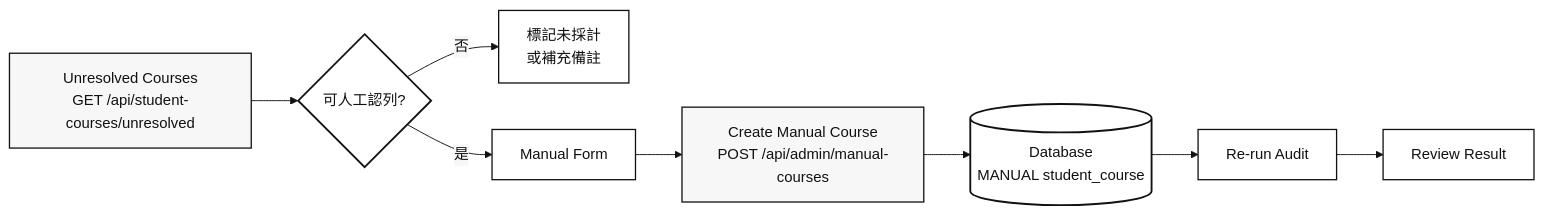
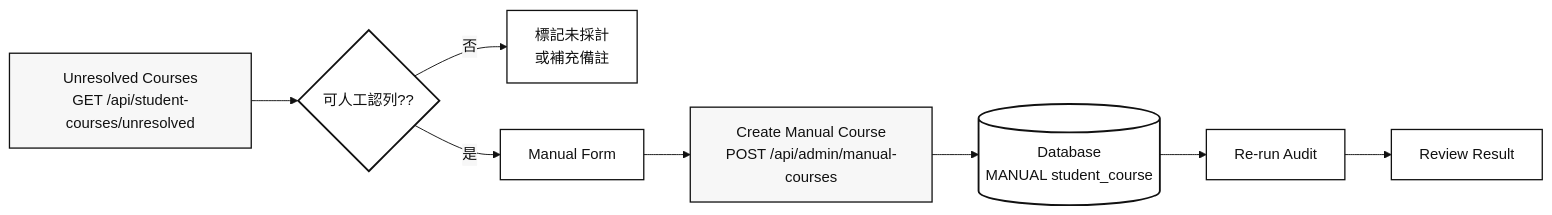
One commit to Albert2004-27/nccu-ams-credit-checker changed the second of 2 diagrams in README.md. Above: the diagram before and after it, drawn with Mermaid.

````diff
--- a/README.md
+++ b/README.md
@@ -128,34 +128,34 @@
 ```mermaid
 %%{init: {
   "theme": "base",
   "themeVariables": {
     "primaryColor": "#ffffff",
     "primaryTextColor": "#111111",
     "primaryBorderColor": "#111111",
     "lineColor": "#111111",
     "secondaryColor": "#f7f7f7",
     "tertiaryColor": "#ffffff",
     "fontFamily": "Arial, sans-serif"
   }
 }}%%
 
 flowchart LR
   A["Unresolved Courses<br/>GET /api/student-courses/unresolved"]
-  A --> B{"可人工認列? "}
+  A --> B{"可人工認列??"}
   B -->|否| C["標記未採計<br/>或補充備註"]
   B -->|是| D["Manual Form"]
   D --> E["Create Manual Course<br/>POST /api/admin/manual-courses"]
   E --> F[("Database<br/>MANUAL student_course")]
   F --> G["Re-run Audit"]
   G --> H["Review Result"]
 
   classDef node fill:#ffffff,stroke:#111111,stroke-width:1.4px,color:#111111;
   classDef api fill:#f7f7f7,stroke:#111111,stroke-width:1.4px,color:#111111;
   classDef db fill:#ffffff,stroke:#111111,stroke-width:2px,color:#111111;
   classDef decision fill:#ffffff,stroke:#111111,stroke-width:2px,color:#111111;
 
   class C,D,G,H node;
   class A,E api;
   class F db;
   class B decision;
 ```
````
